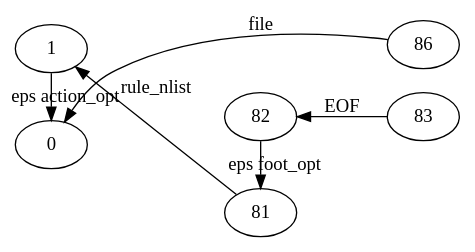
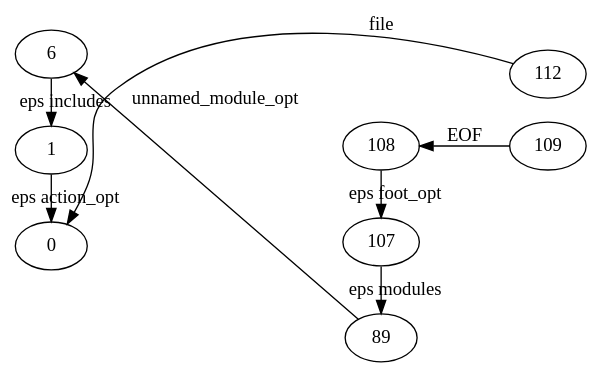
Before and after one commit to YaccConstructor/YaccConstructor: the diagram in YaccConstructor/RNGLRParser.SimpleTest/res.dot, drawn with Graphviz. The commit also changed 23 other files, not shown here.

```diff
--- a/YaccConstructor/RNGLRParser.SimpleTest/res.dot
+++ b/YaccConstructor/RNGLRParser.SimpleTest/res.dot
@@ -1,17 +1,21 @@
 digraph GSS {
     rankdir=RL
-    0 [label="86"]
+    0 [label="112"]
     1 [label="0"]
     0 -> 1 [label="file"]
-    2 [label="83"]
-    3 [label="82"]
-    4 [label="81"]
-    5 [label="1"]
-    5 -> 1 [label="eps action_opt"]
-    4 -> 5 [label="rule_nlist"]
+    2 [label="109"]
+    3 [label="108"]
+    4 [label="107"]
+    5 [label="89"]
+    6 [label="6"]
+    7 [label="1"]
+    7 -> 1 [label="eps action_opt"]
+    6 -> 7 [label="eps includes"]
+    5 -> 6 [label="unnamed_module_opt"]
+    4 -> 5 [label="eps modules"]
     3 -> 4 [label="eps foot_opt"]
     2 -> 3 [label="EOF"]
     {rank=same; 2 0}
-    {rank=same; 5 1}
-    {rank=same; 4 3}
+    {rank=same; 7 6 1}
+    {rank=same; 5 4 3}
 }
```
